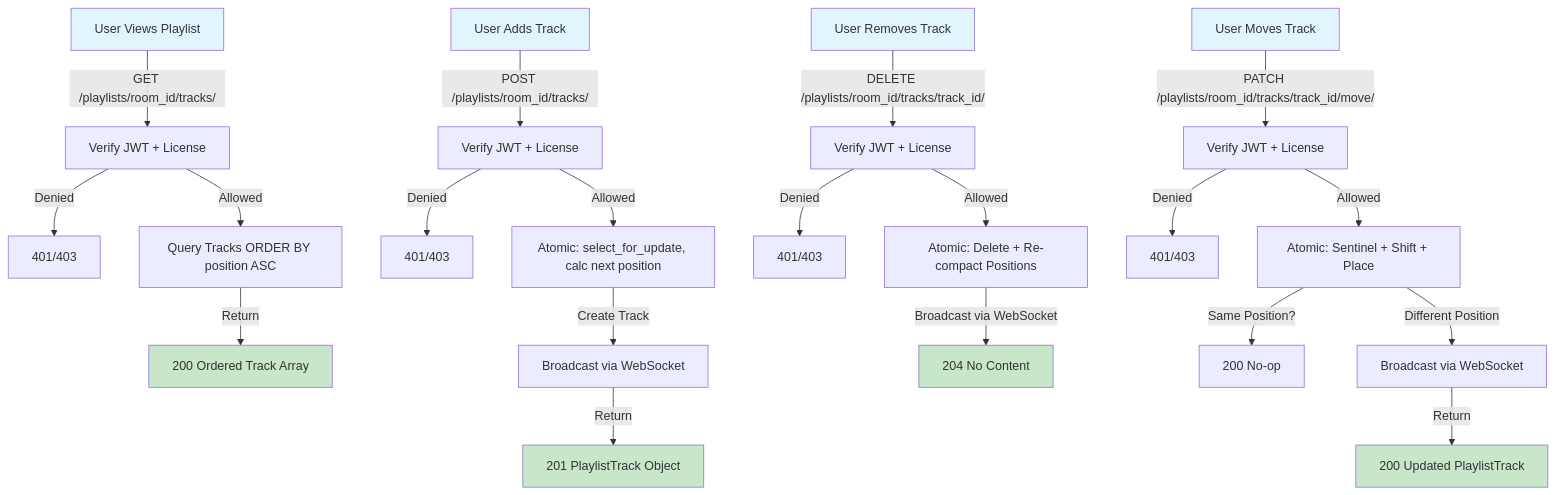
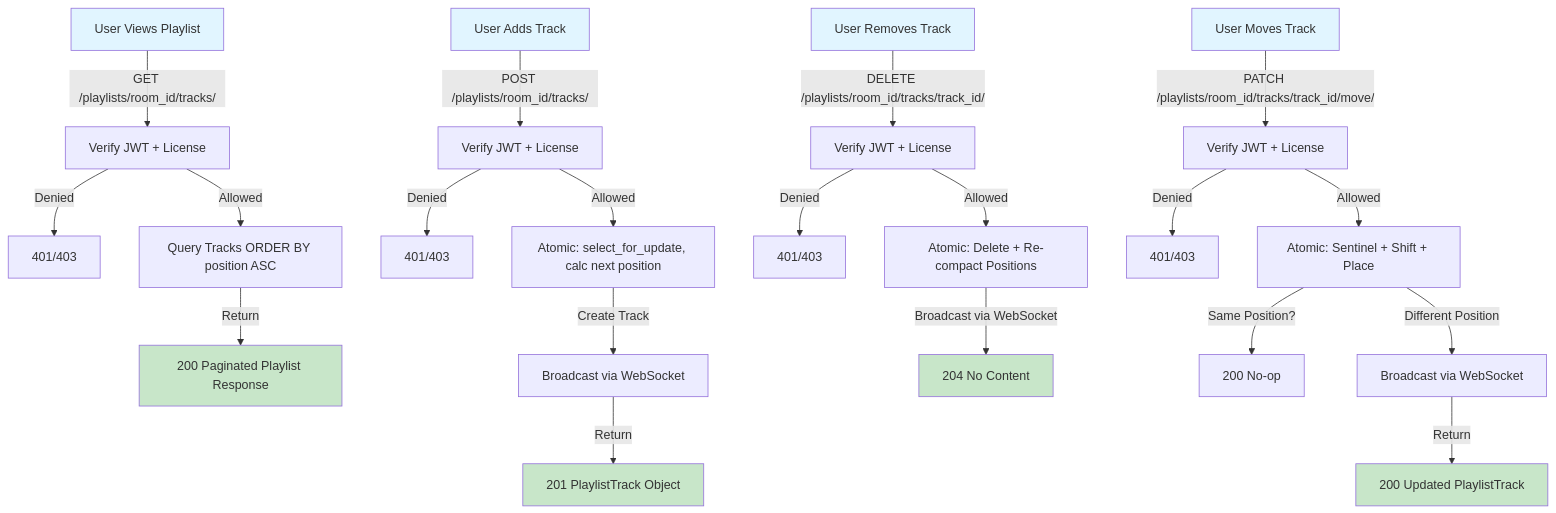
One commit to RadiantVixen/music-room changed the tenth of 14 diagrams in API_SCHEMAS.md. Above: the diagram before and after it, drawn with Mermaid. The commit also changed other lines of this file and 19 other files, not shown here.

````diff
--- a/API_SCHEMAS.md
+++ b/API_SCHEMAS.md
@@ -1302,34 +1300,34 @@
 ```mermaid
 graph TD
     A["User Views Playlist"] -->|GET /playlists/room_id/tracks/| B["Verify JWT + License"]
     B -->|Denied| C["401/403"]
     B -->|Allowed| D["Query Tracks ORDER BY position ASC"]
-    D -->|Return| E["200 Ordered Track Array"]
+    D -->|Return| E["200 Paginated Playlist Response"]
     
     F["User Adds Track"] -->|POST /playlists/room_id/tracks/| G["Verify JWT + License"]
     G -->|Denied| H["401/403"]
     G -->|Allowed| I["Atomic: select_for_update, calc next position"]
     I -->|Create Track| J["Broadcast via WebSocket"]
     J -->|Return| K["201 PlaylistTrack Object"]
     
     L["User Removes Track"] -->|DELETE /playlists/room_id/tracks/track_id/| M["Verify JWT + License"]
     M -->|Denied| N["401/403"]
     M -->|Allowed| O["Atomic: Delete + Re-compact Positions"]
     O -->|Broadcast via WebSocket| P["204 No Content"]
     
     Q["User Moves Track"] -->|PATCH /playlists/room_id/tracks/track_id/move/| R["Verify JWT + License"]
     R -->|Denied| S["401/403"]
     R -->|Allowed| T["Atomic: Sentinel + Shift + Place"]
     T -->|Same Position?| U["200 No-op"]
     T -->|Different Position| V["Broadcast via WebSocket"]
     V -->|Return| W["200 Updated PlaylistTrack"]
     
     style A fill:#e1f5ff
     style F fill:#e1f5ff
     style L fill:#e1f5ff
     style Q fill:#e1f5ff
     style E fill:#c8e6c9
     style K fill:#c8e6c9
     style P fill:#c8e6c9
     style W fill:#c8e6c9
 ```
````
